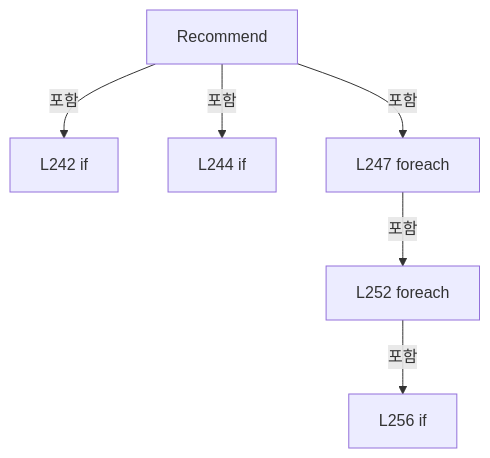
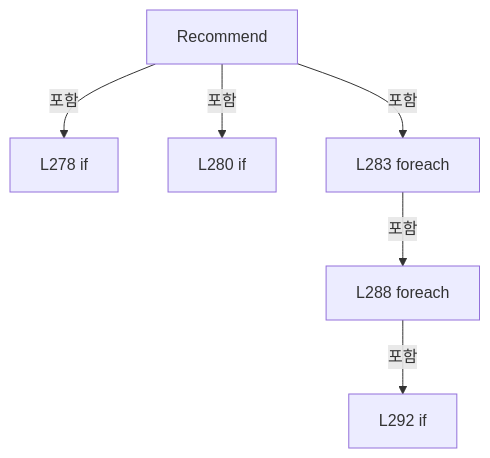
One commit to kjuws10-rgb/Shared changed diagram 16 of 16 in A3 LD Code Ref/files/Drilling.Common/Correction/CDefaultOffsetCalibration.cs.md. Above: the diagram before and after it, drawn with Mermaid. The commit also changed other lines of this file and 1984 other files, not shown here.

Commit message:
docs(a3): update 11.17.0 architecture and complete code reference

````diff
--- a/A3 LD Code Ref/files/Drilling.Common/Correction/CDefaultOffsetCalibration.cs.md
+++ b/A3 LD Code Ref/files/Drilling.Common/Correction/CDefaultOffsetCalibration.cs.md
@@ -1570,14 +1793,14 @@
 ```mermaid
 flowchart TD
  M["Recommend"]
- N0["L242 if"]
+ N0["L278 if"]
  M -->|포함| N0
- N1["L244 if"]
+ N1["L280 if"]
  M -->|포함| N1
- N2["L247 foreach"]
+ N2["L283 foreach"]
  M -->|포함| N2
- N3["L252 foreach"]
+ N3["L288 foreach"]
  N2 -->|포함| N3
- N4["L256 if"]
+ N4["L292 if"]
  N3 -->|포함| N4
 ```
````
